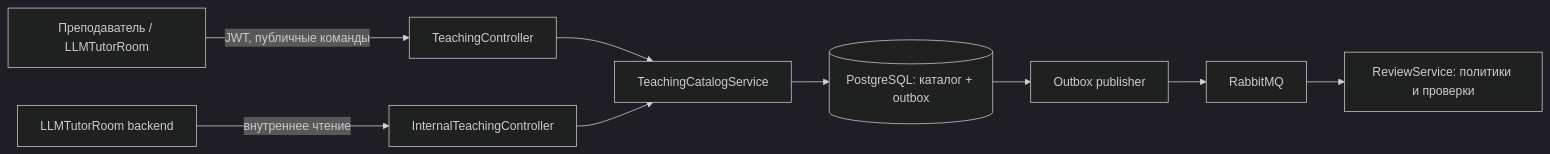
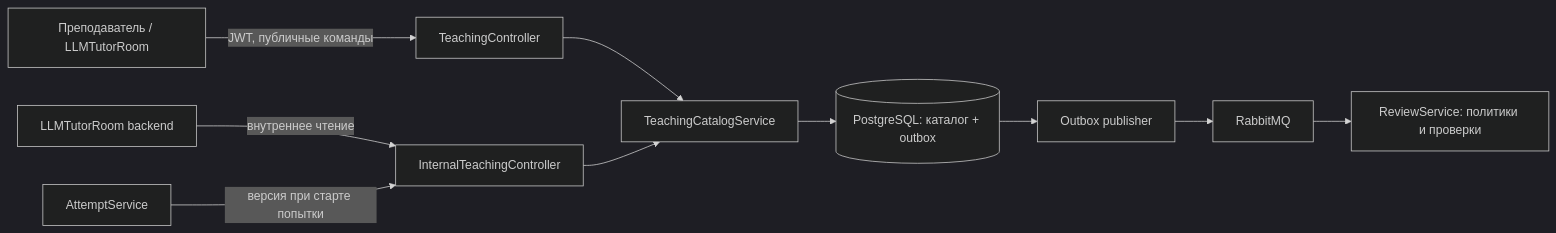
Before and after one commit to KomaMix/LLMTutorRoom: the first of 2 diagrams in docs/teaching-service.md, drawn with Mermaid (dark theme). The commit also changed other lines of this file and 110 other files, not shown here.

Commit message:
feat(attempt): extract attempt lifecycle into standalone service

````diff
--- a/docs/teaching-service.md
+++ b/docs/teaching-service.md
@@ -19,11 +19,12 @@
 ```mermaid
 flowchart LR
     UI[Преподаватель / LLMTutorRoom] -->|JWT, публичные команды| API[TeachingController]
     Room[LLMTutorRoom backend] -->|внутреннее чтение| Internal[InternalTeachingController]
+    Attempt[AttemptService] -->|версия при старте попытки| Internal
     API --> Catalog[TeachingCatalogService]
     Internal --> Catalog
     Catalog --> DB[(PostgreSQL: каталог + outbox)]
     DB --> Worker[Outbox publisher]
     Worker --> MQ[RabbitMQ]
     MQ --> Review[ReviewService: политики и проверки]
 ```
````
